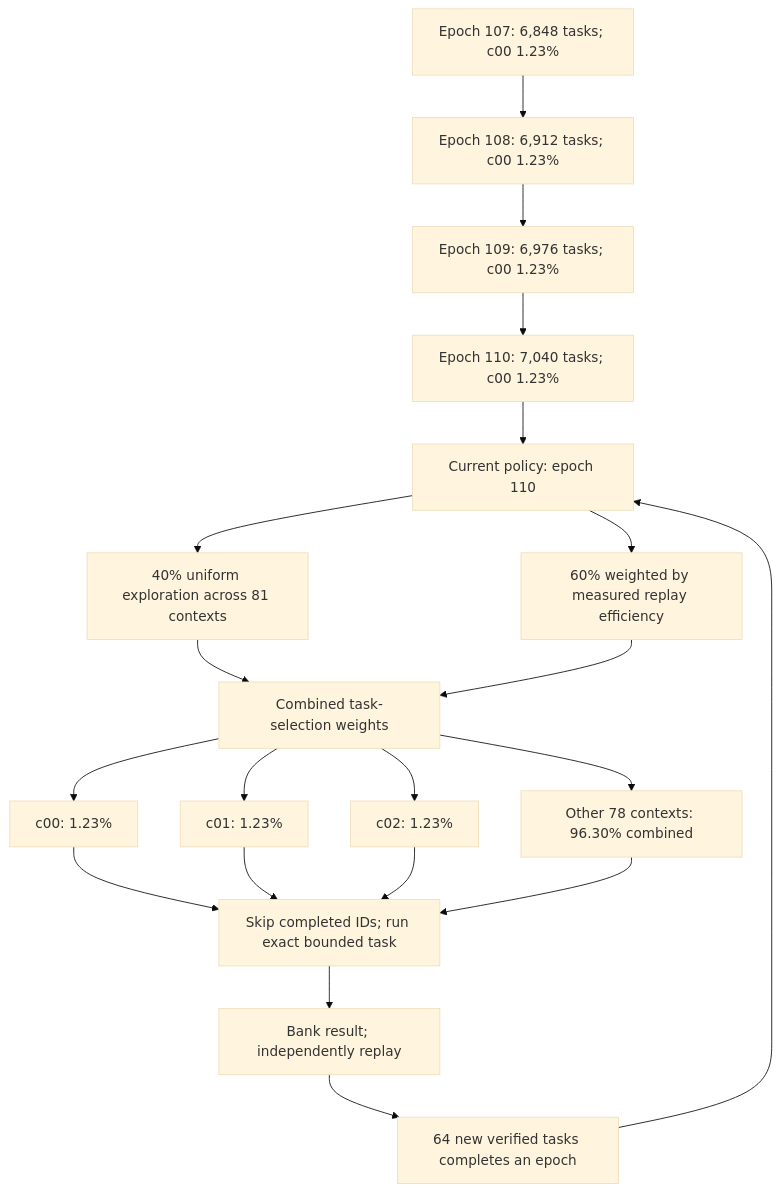
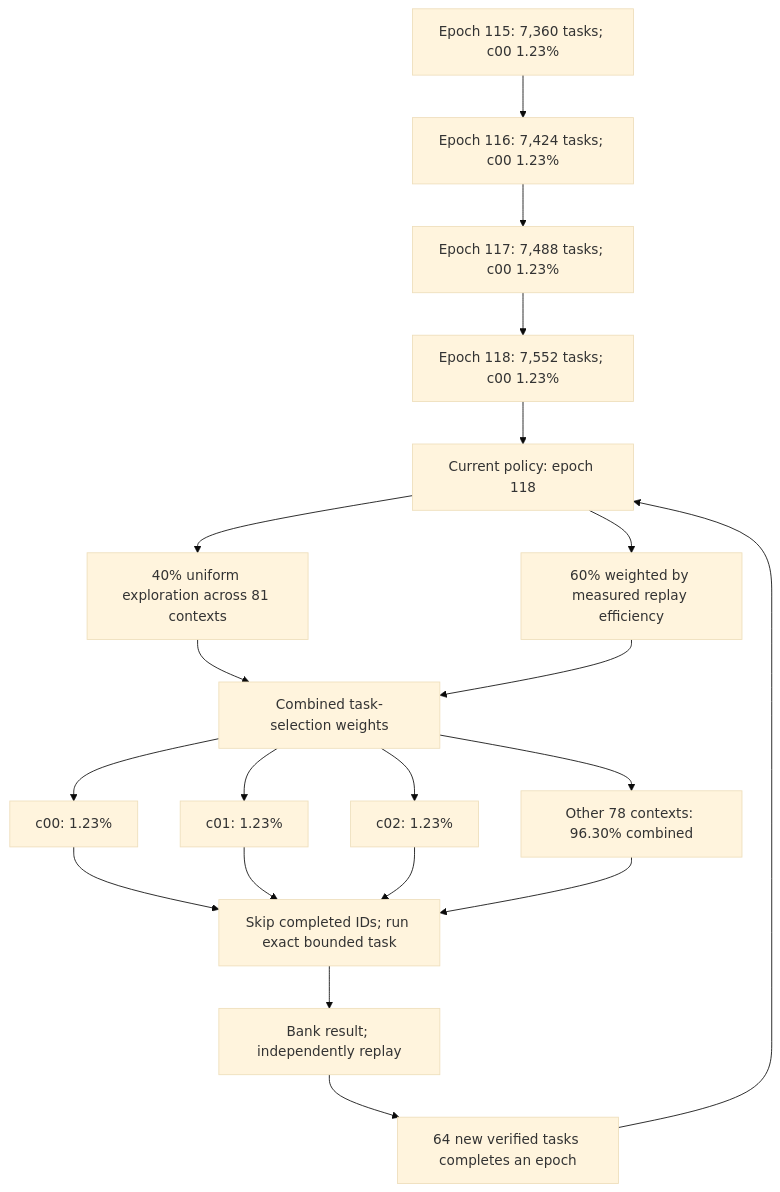
Before and after one commit to Kuberwastaken/math-gambling: the diagram in README.md, drawn with Mermaid (base theme). The commit also changed other lines of this file and 1107 other files, not shown here.

````diff
--- a/README.md
+++ b/README.md
@@ -48,27 +48,27 @@
 ```mermaid
 flowchart TD
-    H0["Epoch 107: 6,848 tasks; c00 1.23%"]
-    H1["Epoch 108: 6,912 tasks; c00 1.23%"]
+    H0["Epoch 115: 7,360 tasks; c00 1.23%"]
+    H1["Epoch 116: 7,424 tasks; c00 1.23%"]
     H0 --> H1
-    H2["Epoch 109: 6,976 tasks; c00 1.23%"]
+    H2["Epoch 117: 7,488 tasks; c00 1.23%"]
     H1 --> H2
-    H3["Epoch 110: 7,040 tasks; c00 1.23%"]
+    H3["Epoch 118: 7,552 tasks; c00 1.23%"]
     H2 --> H3
-    Policy["Current policy: epoch 110"]
+    Policy["Current policy: epoch 118"]
     H3 --> Policy
     Policy --> Explore["40% uniform exploration across 81 contexts"]
     Policy --> Cost["60% weighted by measured replay efficiency"]
     Explore --> Mix["Combined task-selection weights"]
     Cost --> Mix
     Mix --> C0["c00: 1.23%"]
     Mix --> C1["c01: 1.23%"]
     Mix --> C2["c02: 1.23%"]
     Mix --> Rest["Other 78 contexts: 96.30% combined"]
     C0 --> Check["Skip completed IDs; run exact bounded task"]
     C1 --> Check
     C2 --> Check
     Rest --> Check
     Check --> Replay["Bank result; independently replay"]
     Replay --> Gate["64 new verified tasks completes an epoch"]
     Gate --> Policy
 ```
````
